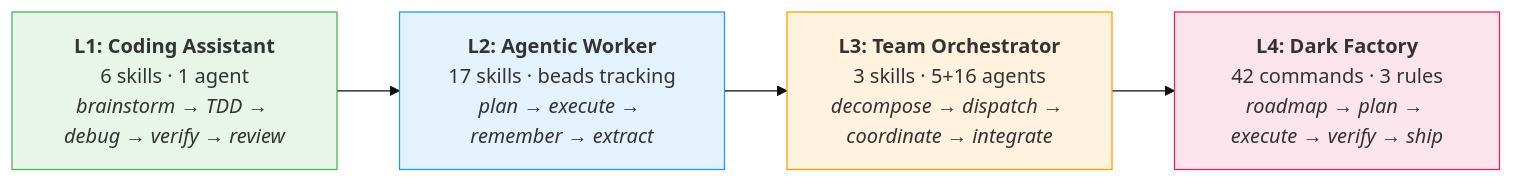
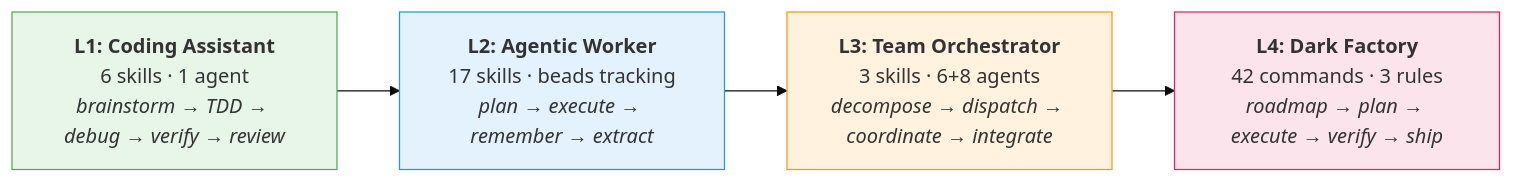
The first of 2 diagrams in README.md (jw409/kinderpowers), drawn with Mermaid (base theme) before and after one commit. The commit also changed other lines of this file, not shown here.

````diff
--- a/README.md
+++ b/README.md
@@ -20,12 +20,12 @@
 ```mermaid
 graph LR
     L1["<b>L1: Coding Assistant</b><br/>6 skills · 1 agent<br/><i>brainstorm → TDD → debug → verify → review</i>"]
     L2["<b>L2: Agentic Worker</b><br/>17 skills · beads tracking<br/><i>plan → execute → remember → extract</i>"]
-    L3["<b>L3: Team Orchestrator</b><br/>3 skills · 5+16 agents<br/><i>decompose → dispatch → coordinate → integrate</i>"]
+    L3["<b>L3: Team Orchestrator</b><br/>3 skills · 6+8 agents<br/><i>decompose → dispatch → coordinate → integrate</i>"]
     L4["<b>L4: Dark Factory</b><br/>42 commands · 3 rules<br/><i>roadmap → plan → execute → verify → ship</i>"]
     L1 --> L2 --> L3 --> L4
     style L1 fill:#e8f5e9,stroke:#4caf50
     style L2 fill:#e3f2fd,stroke:#2196f3
     style L3 fill:#fff3e0,stroke:#ff9800
     style L4 fill:#fce4ec,stroke:#e91e63
 ```
````
